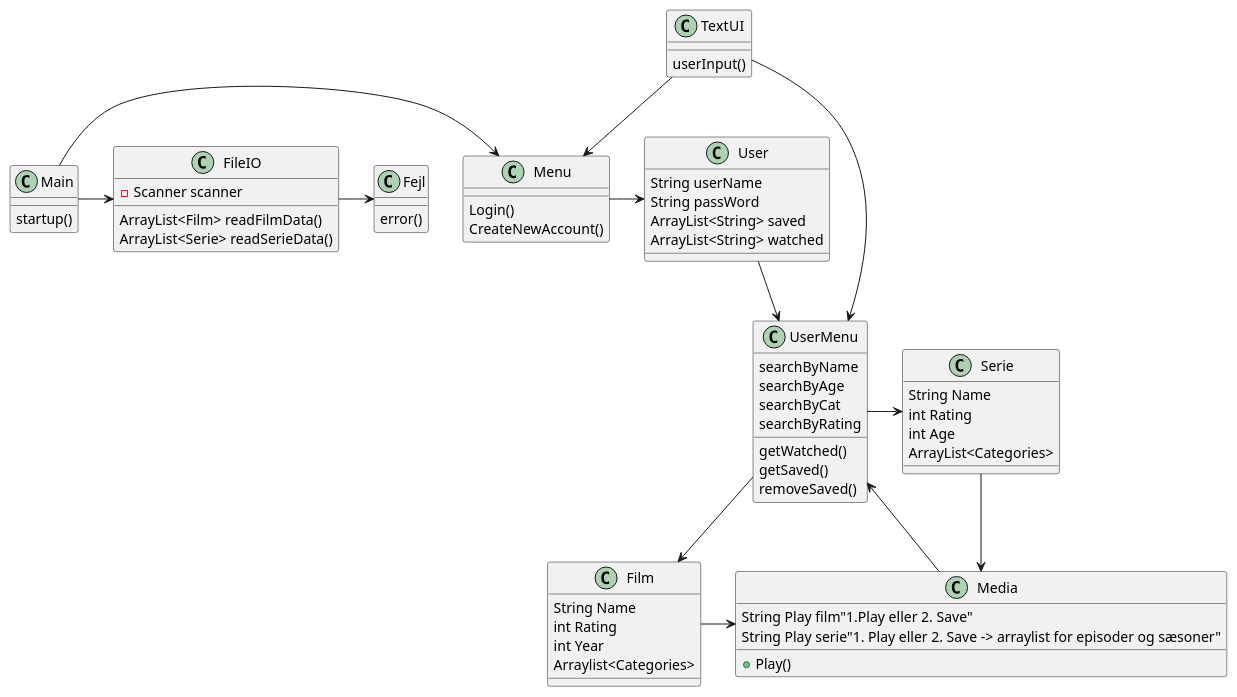
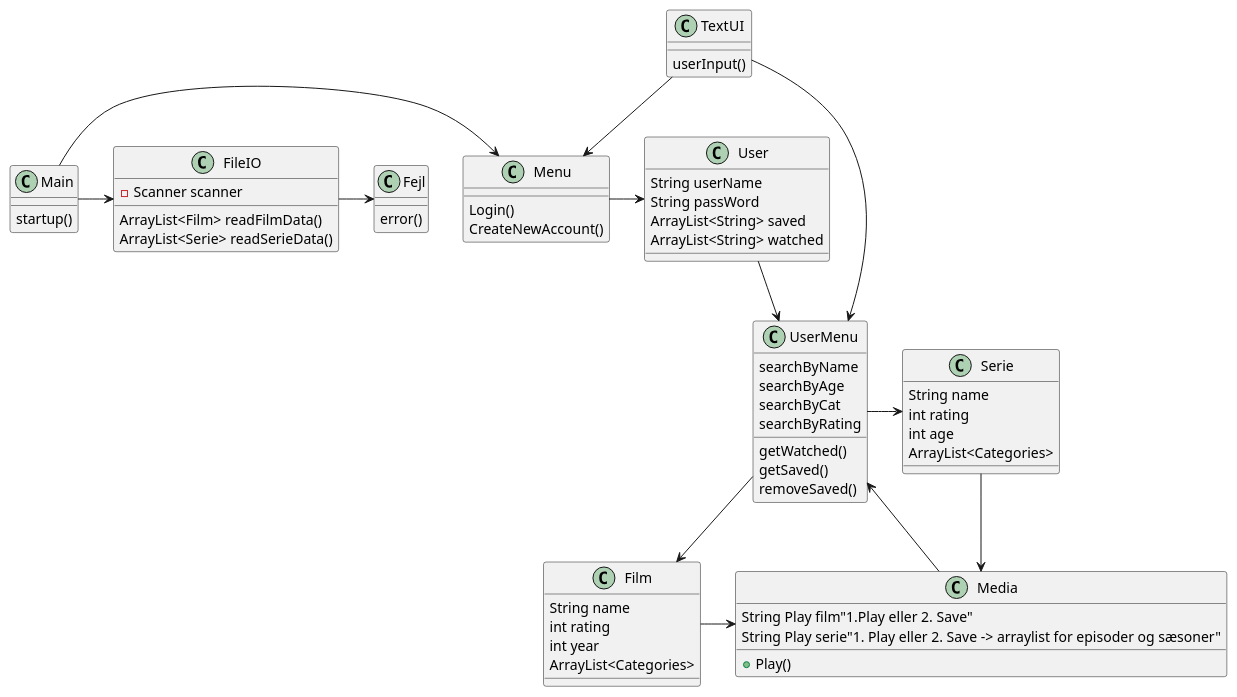
Before and after one commit to Tobitastik/SP3: the diagram in SP3.puml, drawn with PlantUML.

```diff
--- a/SP3.puml
+++ b/SP3.puml
@@ -1,72 +1,72 @@
 @startuml
 'https://plantuml.com/class-diagram
 
 Class Main
 Main : startup()
 
 Class Menu
 Menu : Login()
 Menu : CreateNewAccount()
 
 Class User
 User : String userName
 User : String passWord
 User : ArrayList<String> saved
 User : ArrayList<String> watched
 
 Class UserMenu
 UserMenu : searchByName
 UserMenu : searchByAge
 UserMenu : searchByCat
 UserMenu : searchByRating
 
 UserMenu : getWatched()
 UserMenu : getSaved()
 UserMenu : removeSaved()
 
 
 Class Media
 Media : + Play()
 Media : String Play film"1.Play eller 2. Save"
 Media : String Play serie"1. Play eller 2. Save -> arraylist for episoder og sæsoner"
 
 Class Film
-Film : String Name
-Film : int Rating
-Film : int Year
-Film : Arraylist<Categories>
+Film : String name
+Film : int rating
+Film : int year
+Film : ArrayList<Categories>
 
 Class Serie
-Serie : String Name
-Serie : int Rating
-Serie : int Age
+Serie : String name
+Serie : int rating
+Serie : int age
 Serie : ArrayList<Categories>
 
 Class FileIO
 FileIO : - Scanner scanner
 FileIO : ArrayList<Film> readFilmData()
 FileIO : ArrayList<Serie> readSerieData()
 
 Class Fejl
 Fejl : error()
 
 Class TextUI
 TextUI : userInput()
 
 
 Main -> Menu
 Main -> FileIO
 FileIO -> Fejl
 User --> UserMenu
 TextUI --> UserMenu
 TextUI --> Menu
 Menu -> User
 
 
 Film -> Media
 Serie -> Media
 Media --> UserMenu
 UserMenu -> Film
 UserMenu -> Serie
 
 @enduml
```
